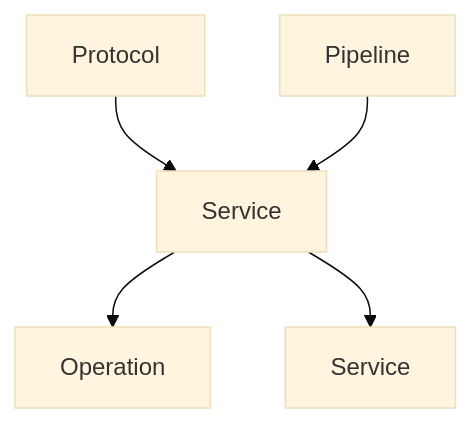
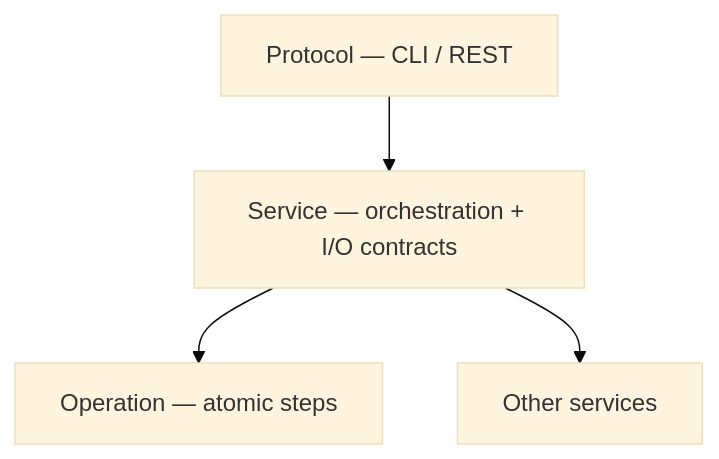
The diagram in docs/conventions/architecture.md (linjiaqin12138/OpenQuantMaster), drawn with Mermaid (base theme) before and after one commit. The commit also changed other lines of this file and 1 other file, not shown here.

First line of the commit message:
docs: slim architecture to Operation / Service / Protocol

````diff
--- a/docs/conventions/architecture.md
+++ b/docs/conventions/architecture.md
@@ -116,11 +5,9 @@
 ```mermaid
 flowchart TD
-  Pro[Protocol]
-  Pi[Pipeline]
-  Se[Service]
-  Op[Operation]
+  Pro[Protocol — CLI / REST]
+  Se[Service — orchestration + I/O contracts]
+  Op[Operation — atomic steps]
   Pro --> Se
-  Pi --> Se
   Se --> Op
-  Se --> Se2[Service]
+  Se --> Se2[Other services]
 ```
````
